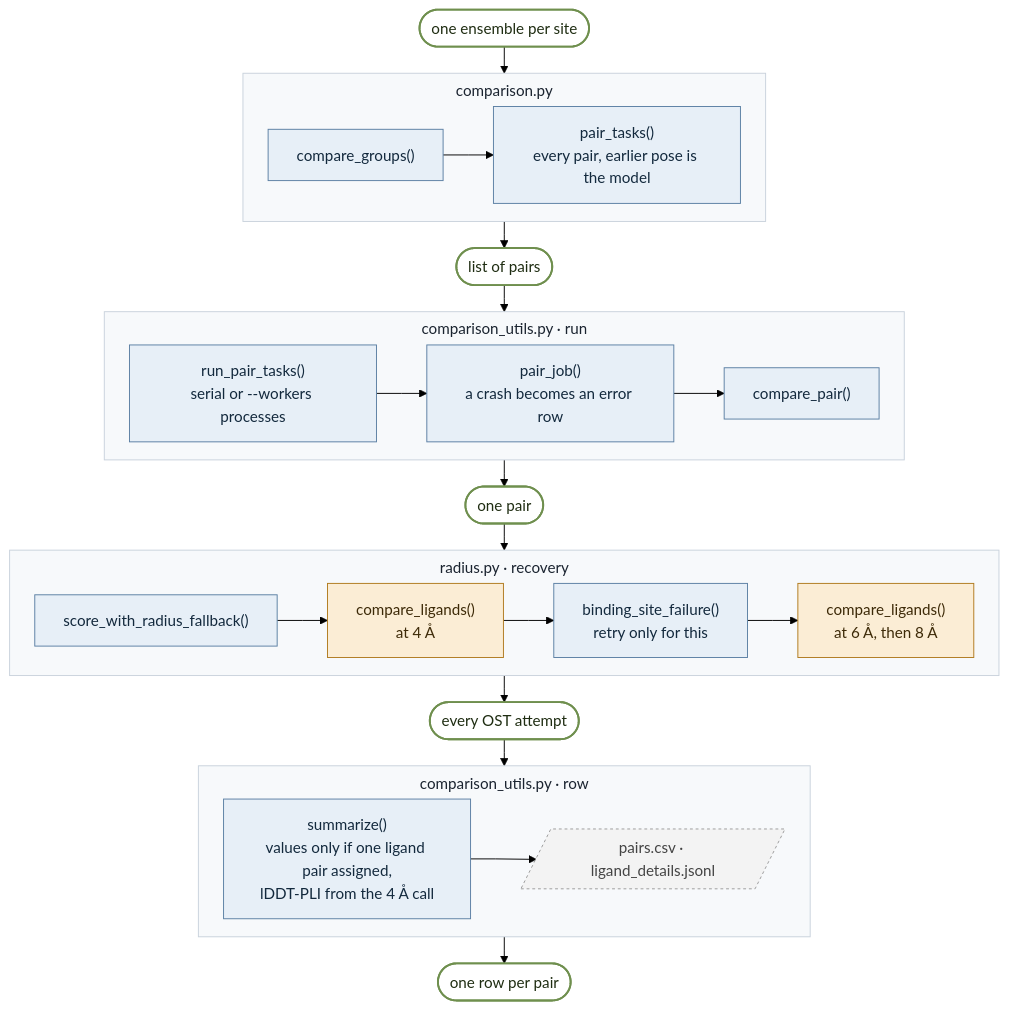
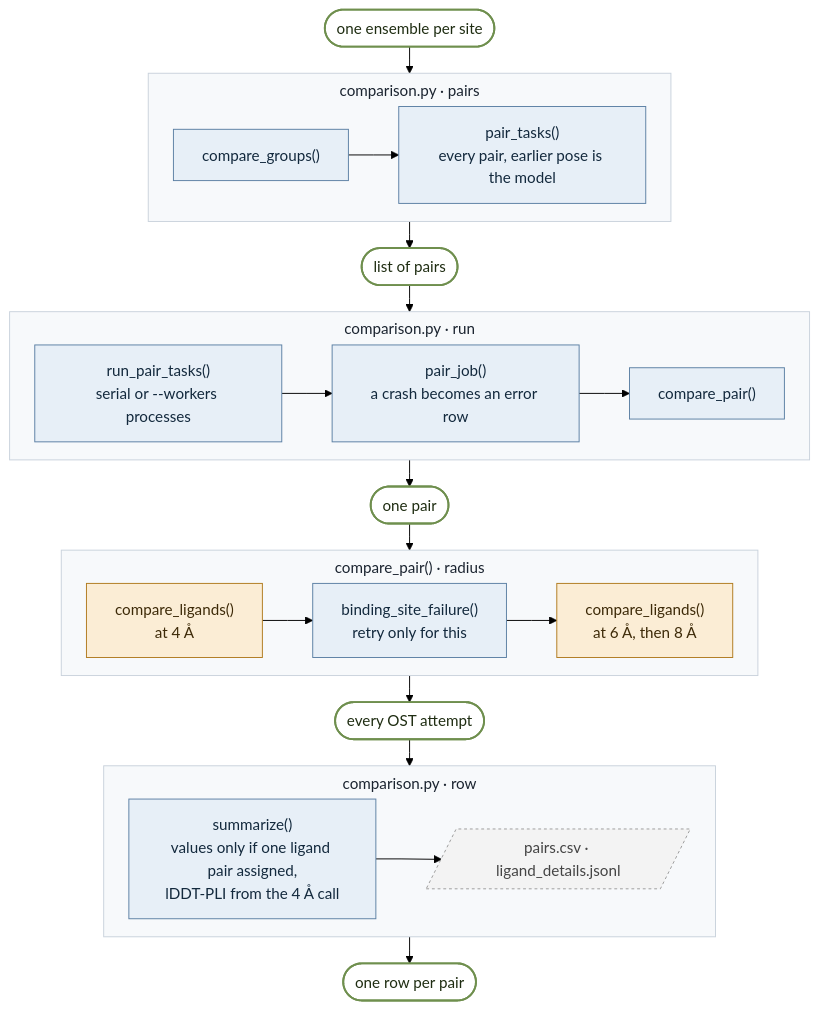
One commit to James-Broster/core-score changed the sixth of 9 diagrams in docs/code-map.md. Above: the diagram before and after it, drawn with Mermaid (forest theme). The commit also changed other lines of this file and 17 other files, not shown here.

````diff
--- a/docs/code-map.md
+++ b/docs/code-map.md
@@ -283,39 +282,39 @@
 ```mermaid
 %%{init: {"flowchart": {"curve": "linear", "nodeSpacing": 18, "rankSpacing": 28, "subGraphTitleMargin": {"top": 6, "bottom": 10}}}}%%
 flowchart TB
     classDef fn fill:#e7eff7,stroke:#5b7fa3,color:#13293d
     classDef ost fill:#fbedd5,stroke:#b07a1e,color:#3d2a08
     classDef data fill:#ffffff,stroke:#6f8f4e,color:#1f2d12,stroke-width:2px
     classDef file fill:#f3f3f3,stroke:#9a9a9a,color:#444,stroke-dasharray:3 3
     classDef stage fill:#f7f9fb,stroke:#c9d2dc,color:#1b2430
 
     start(["one ensemble per site"]):::data
 
-    subgraph C1["comparison.py"]
+    subgraph C1["comparison.py · pairs"]
         direction LR
         a1["compare_groups()"]:::fn --> a2["pair_tasks()<br/>every pair, earlier pose is the model"]:::fn
     end
     d1(["list of pairs"]):::data
 
-    subgraph C2["comparison_utils.py · run"]
+    subgraph C2["comparison.py · run"]
         direction LR
         b1["run_pair_tasks()<br/>serial or --workers processes"]:::fn --> b2["pair_job()<br/>a crash becomes an error row"]:::fn --> b3["compare_pair()"]:::fn
     end
     d2(["one pair"]):::data
 
-    subgraph C3["radius.py · recovery"]
+    subgraph C3["compare_pair() · radius"]
         direction LR
-        c1["score_with_radius_fallback()"]:::fn --> c2["compare_ligands()<br/>at 4 Å"]:::ost --> c3["binding_site_failure()<br/>retry only for this"]:::fn --> c4["compare_ligands()<br/>at 6 Å, then 8 Å"]:::ost
+        c1["compare_ligands()<br/>at 4 Å"]:::ost --> c2["binding_site_failure()<br/>retry only for this"]:::fn --> c3["compare_ligands()<br/>at 6 Å, then 8 Å"]:::ost
     end
     d3(["every OST attempt"]):::data
 
-    subgraph C4["comparison_utils.py · row"]
+    subgraph C4["comparison.py · row"]
         direction LR
         e1["summarize()<br/>values only if one ligand pair assigned,<br/>lDDT-PLI from the 4 Å call"]:::fn --> e2[/"pairs.csv · ligand_details.jsonl"/]:::file
     end
     d4(["one row per pair"]):::data
 
     start --> C1 --> d1 --> C2 --> d2 --> C3 --> d3 --> C4 --> d4
 
     class C1,C2,C3,C4 stage
 ```
````
